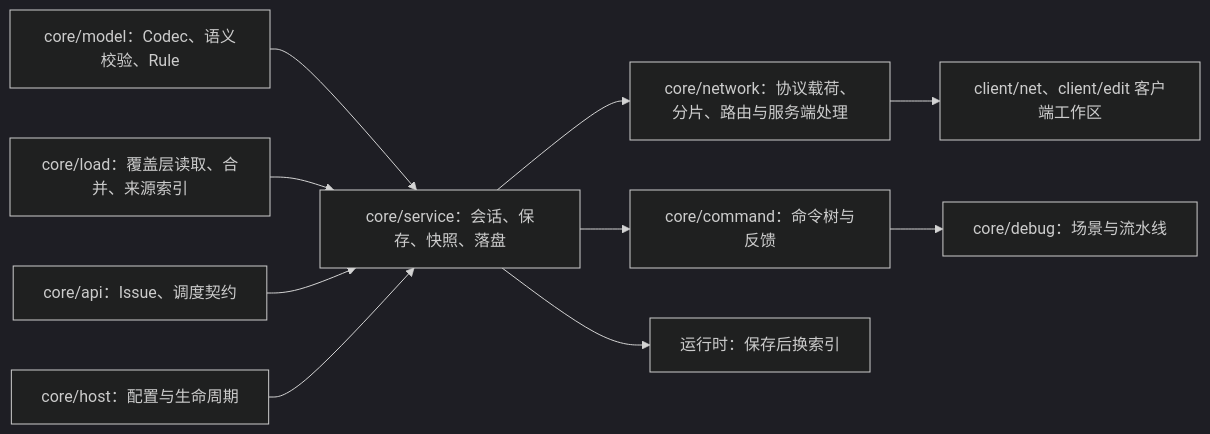
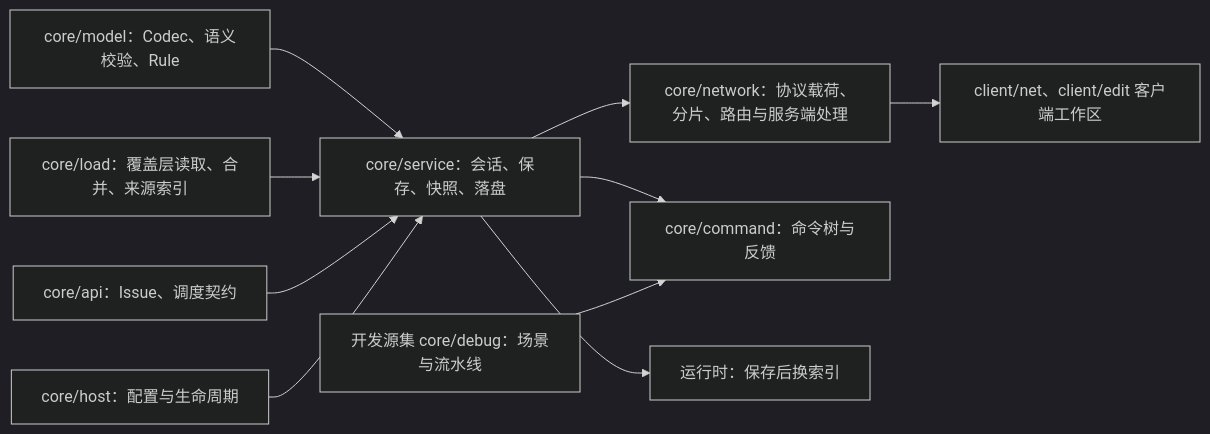
One commit to meteoritel/item-despawn-to-what changed the first of 3 diagrams in docs/modules/authoring.md. Above: the diagram before and after it, drawn with Mermaid (dark theme). The commit also changed other lines of this file and 109 other files, not shown here.

````diff
--- a/docs/modules/authoring.md
+++ b/docs/modules/authoring.md
@@ -47,12 +47,12 @@
 ```mermaid
 flowchart LR
     MODEL["core/model：Codec、语义校验、Rule"] --> SVC["core/service：会话、保存、快照、落盘"]
     LOAD["core/load：覆盖层读取、合并、来源索引"] --> SVC
     API["core/api：Issue、调度契约"] --> SVC
     SVC --> NET["core/network：协议载荷、分片、路由与服务端处理"]
     SVC --> CMD["core/command：命令树与反馈"]
-    CMD --> DBG["core/debug：场景与流水线"]
+    DBG["开发源集 core/debug：场景与流水线"] --> CMD
     NET --> CLI["client/net、client/edit 客户端工作区"]
     SVC --> RT["运行时：保存后换索引"]
     HOST["core/host：配置与生命周期"] --> SVC
 ```
````
